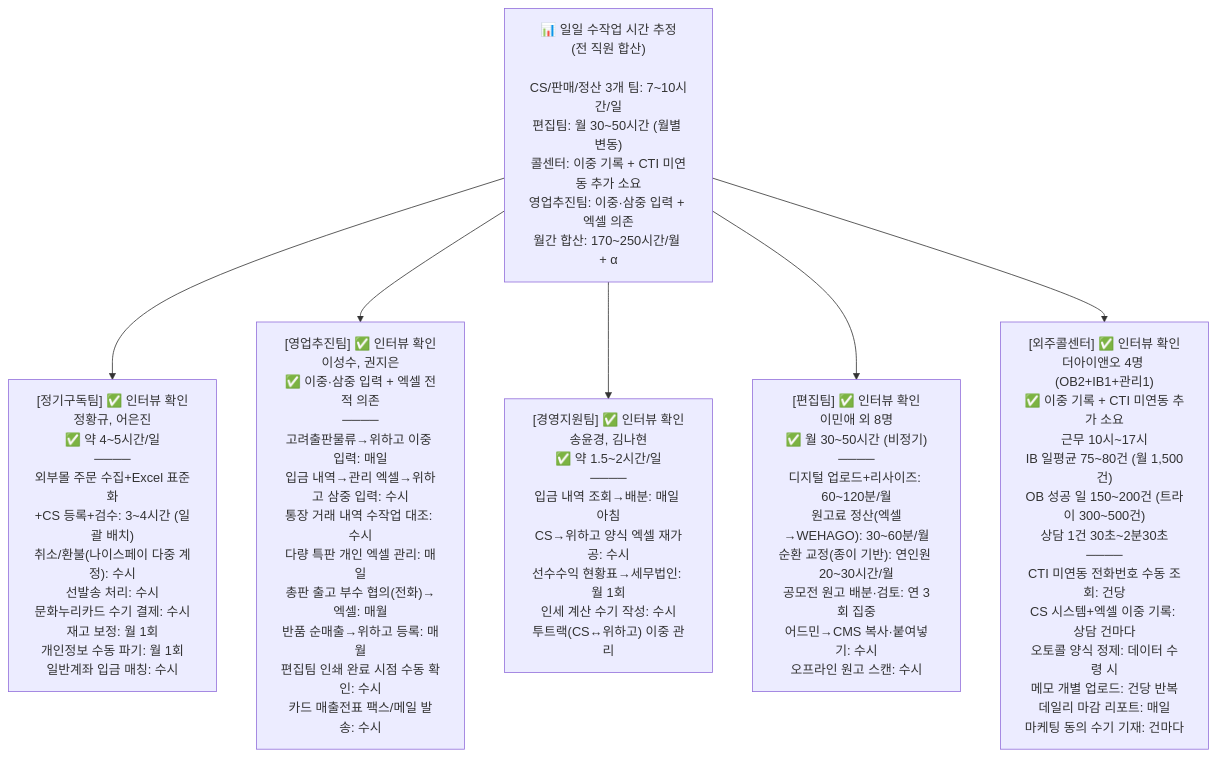
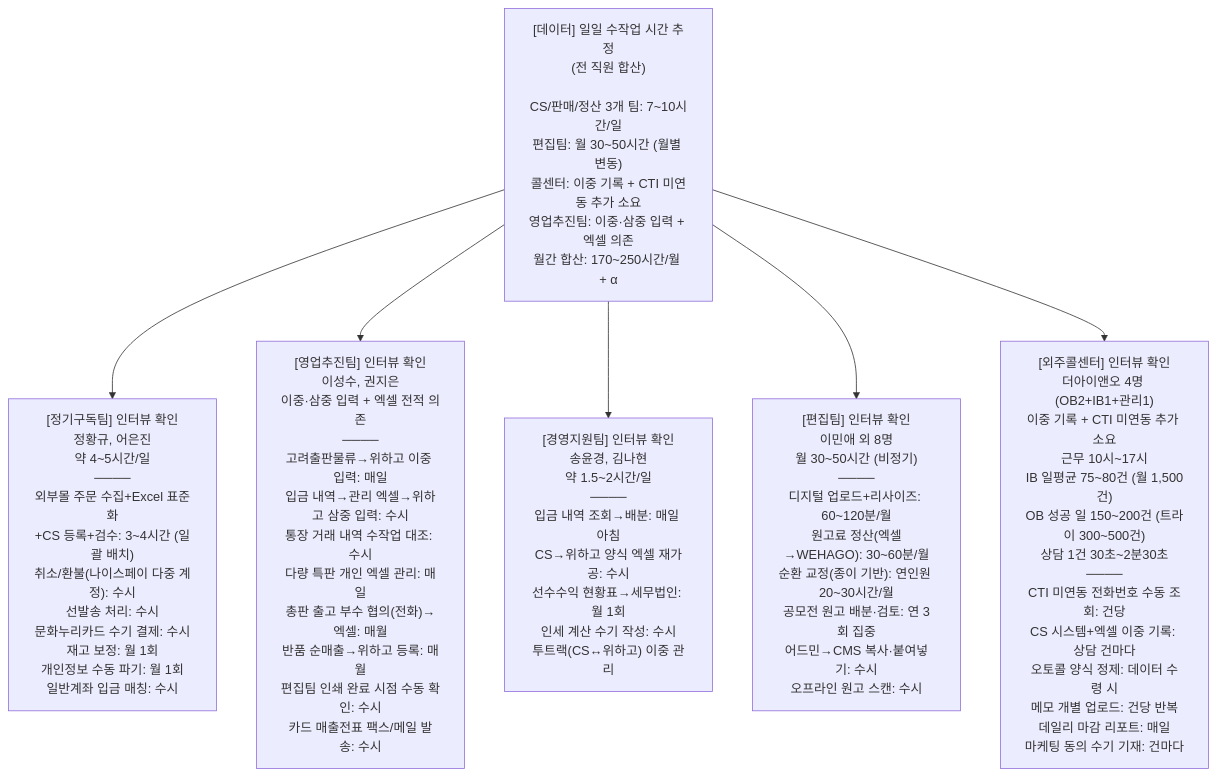
Before and after one commit to sknkwoxs/manual-book: the ninth of 10 diagrams in src/content/docs/goodthinking-isp/02-analysis/business-analysis.md, drawn with Mermaid. The commit also changed other lines of this file and 38 other files, not shown here.

````diff
--- a/src/content/docs/goodthinking-isp/02-analysis/business-analysis.md
+++ b/src/content/docs/goodthinking-isp/02-analysis/business-analysis.md
@@ -332,20 +339,20 @@
 ```mermaid
 graph TD
-    root["📊 일일 수작업 시간 추정<br/>(전 직원 합산)<br/><br/>CS/판매/정산 3개 팀: 7~10시간/일<br/>편집팀: 월 30~50시간 (월별 변동)<br/>콜센터: 이중 기록 + CTI 미연동 추가 소요<br/>영업추진팀: 이중·삼중 입력 + 엑셀 의존<br/>월간 합산: 170~250시간/월 + α"]
+    root["[데이터] 일일 수작업 시간 추정<br/>(전 직원 합산)<br/><br/>CS/판매/정산 3개 팀: 7~10시간/일<br/>편집팀: 월 30~50시간 (월별 변동)<br/>콜센터: 이중 기록 + CTI 미연동 추가 소요<br/>영업추진팀: 이중·삼중 입력 + 엑셀 의존<br/>월간 합산: 170~250시간/월 + α"]
     
-    team1["[정기구독팀] ✅ 인터뷰 확인<br/>정황규, 어은진<br/>✅ 약 4~5시간/일<br/>────<br/>외부몰 주문 수집+Excel 표준화<br/>+CS 등록+검수: 3~4시간 (일괄 배치)<br/>취소/환불(나이스페이 다중 계정): 수시<br/>선발송 처리: 수시<br/>문화누리카드 수기 결제: 수시<br/>재고 보정: 월 1회<br/>개인정보 수동 파기: 월 1회<br/>일반계좌 입금 매칭: 수시"]
+    team1["[정기구독팀] 인터뷰 확인<br/>정황규, 어은진<br/>약 4~5시간/일<br/>────<br/>외부몰 주문 수집+Excel 표준화<br/>+CS 등록+검수: 3~4시간 (일괄 배치)<br/>취소/환불(나이스페이 다중 계정): 수시<br/>선발송 처리: 수시<br/>문화누리카드 수기 결제: 수시<br/>재고 보정: 월 1회<br/>개인정보 수동 파기: 월 1회<br/>일반계좌 입금 매칭: 수시"]
     
-    team2["[영업추진팀] ✅ 인터뷰 확인<br/>이성수, 권지은<br/>✅ 이중·삼중 입력 + 엑셀 전적 의존<br/>────<br/>고려출판물류→위하고 이중 입력: 매일<br/>입금 내역→관리 엑셀→위하고 삼중 입력: 수시<br/>통장 거래 내역 수작업 대조: 수시<br/>다량 특판 개인 엑셀 관리: 매일<br/>총판 출고 부수 협의(전화)→엑셀: 매월<br/>반품 순매출→위하고 등록: 매월<br/>편집팀 인쇄 완료 시점 수동 확인: 수시<br/>카드 매출전표 팩스/메일 발송: 수시"]
+    team2["[영업추진팀] 인터뷰 확인<br/>이성수, 권지은<br/>이중·삼중 입력 + 엑셀 전적 의존<br/>────<br/>고려출판물류→위하고 이중 입력: 매일<br/>입금 내역→관리 엑셀→위하고 삼중 입력: 수시<br/>통장 거래 내역 수작업 대조: 수시<br/>다량 특판 개인 엑셀 관리: 매일<br/>총판 출고 부수 협의(전화)→엑셀: 매월<br/>반품 순매출→위하고 등록: 매월<br/>편집팀 인쇄 완료 시점 수동 확인: 수시<br/>카드 매출전표 팩스/메일 발송: 수시"]
     
-    team3["[경영지원팀] ✅ 인터뷰 확인<br/>송윤경, 김나현<br/>✅ 약 1.5~2시간/일<br/>────<br/>입금 내역 조회→배분: 매일 아침<br/>CS→위하고 양식 엑셀 재가공: 수시<br/>선수수익 현황표→세무법인: 월 1회<br/>인세 계산 수기 작성: 수시<br/>투트랙(CS↔위하고) 이중 관리"]
+    team3["[경영지원팀] 인터뷰 확인<br/>송윤경, 김나현<br/>약 1.5~2시간/일<br/>────<br/>입금 내역 조회→배분: 매일 아침<br/>CS→위하고 양식 엑셀 재가공: 수시<br/>선수수익 현황표→세무법인: 월 1회<br/>인세 계산 수기 작성: 수시<br/>투트랙(CS↔위하고) 이중 관리"]
     
-    team4["[편집팀] ✅ 인터뷰 확인<br/>이민애 외 8명<br/>✅ 월 30~50시간 (비정기)<br/>────<br/>디지털 업로드+리사이즈: 60~120분/월<br/>원고료 정산(엑셀→WEHAGO): 30~60분/월<br/>순환 교정(종이 기반): 연인원 20~30시간/월<br/>공모전 원고 배분·검토: 연 3회 집중<br/>어드민→CMS 복사·붙여넣기: 수시<br/>오프라인 원고 스캔: 수시"]
+    team4["[편집팀] 인터뷰 확인<br/>이민애 외 8명<br/>월 30~50시간 (비정기)<br/>────<br/>디지털 업로드+리사이즈: 60~120분/월<br/>원고료 정산(엑셀→WEHAGO): 30~60분/월<br/>순환 교정(종이 기반): 연인원 20~30시간/월<br/>공모전 원고 배분·검토: 연 3회 집중<br/>어드민→CMS 복사·붙여넣기: 수시<br/>오프라인 원고 스캔: 수시"]
     
-    team5["[외주콜센터] ✅ 인터뷰 확인<br/>더아이앤오 4명 (OB2+IB1+관리1)<br/>✅ 이중 기록 + CTI 미연동 추가 소요<br/>근무 10시~17시<br/>IB 일평균 75~80건 (월 1,500건)<br/>OB 성공 일 150~200건 (트라이 300~500건)<br/>상담 1건 30초~2분30초<br/>────<br/>CTI 미연동 전화번호 수동 조회: 건당<br/>CS 시스템+엑셀 이중 기록: 상담 건마다<br/>오토콜 양식 정제: 데이터 수령 시<br/>메모 개별 업로드: 건당 반복<br/>데일리 마감 리포트: 매일<br/>마케팅 동의 수기 기재: 건마다"]
+    team5["[외주콜센터] 인터뷰 확인<br/>더아이앤오 4명 (OB2+IB1+관리1)<br/>이중 기록 + CTI 미연동 추가 소요<br/>근무 10시~17시<br/>IB 일평균 75~80건 (월 1,500건)<br/>OB 성공 일 150~200건 (트라이 300~500건)<br/>상담 1건 30초~2분30초<br/>────<br/>CTI 미연동 전화번호 수동 조회: 건당<br/>CS 시스템+엑셀 이중 기록: 상담 건마다<br/>오토콜 양식 정제: 데이터 수령 시<br/>메모 개별 업로드: 건당 반복<br/>데일리 마감 리포트: 매일<br/>마케팅 동의 수기 기재: 건마다"]
     
     root --> team1
     root --> team2
     root --> team3
     root --> team4
     root --> team5
 ```
````
